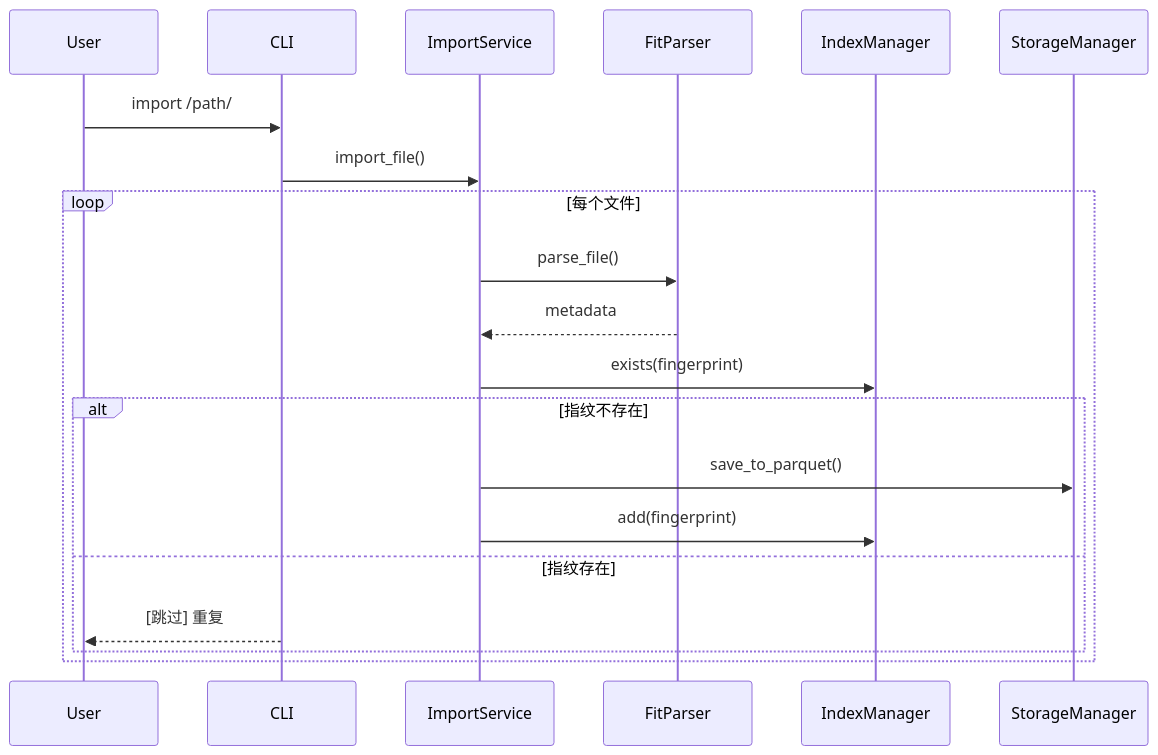
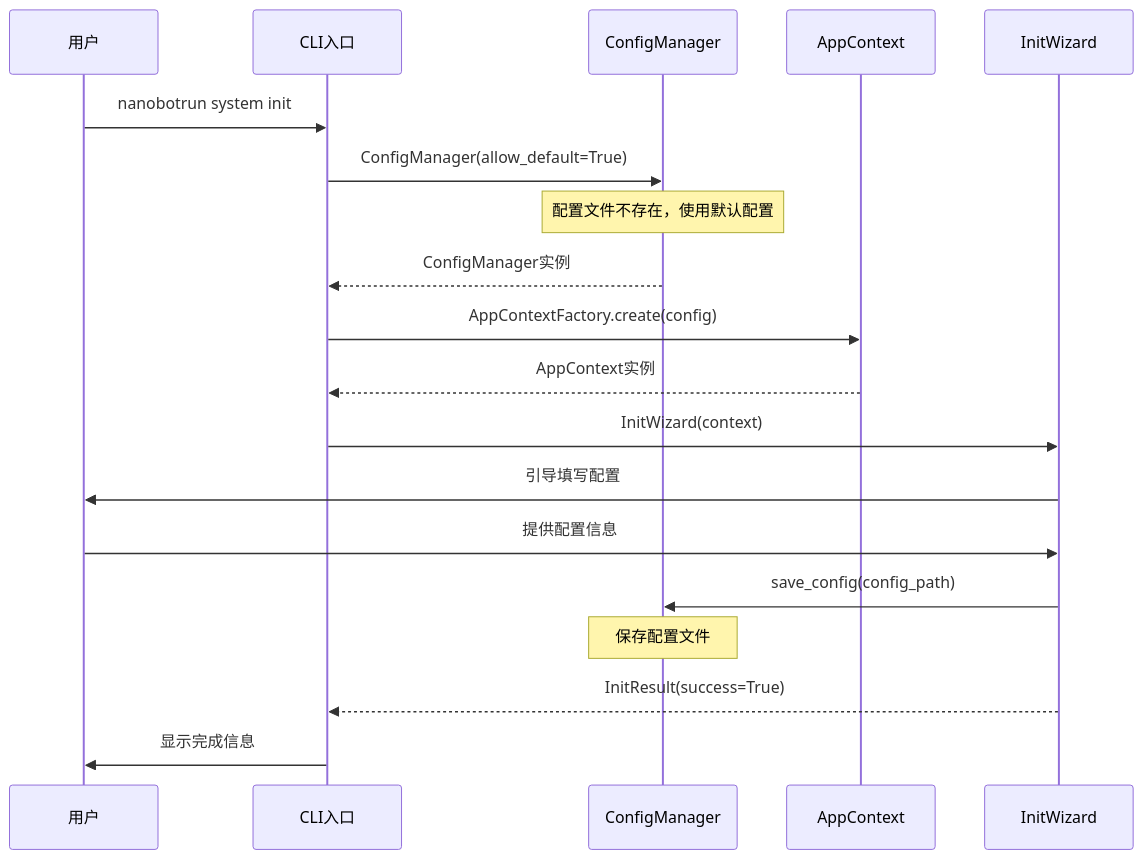
Before and after one commit to yecllsl/nanobot-runner: the second of 5 diagrams in docs/architecture/架构设计说明书.md, drawn with Mermaid. The commit also changed other lines of this file and 44 other files, not shown here.

````diff
--- a/docs/architecture/架构设计说明书.md
+++ b/docs/architecture/架构设计说明书.md
@@ -287,25 +318,26 @@
 ```mermaid
 sequenceDiagram
-    participant User
-    participant CLI
-    participant ImportSvc as ImportService
-    participant FitParser
-    participant Index as IndexManager
-    participant ParquetStore as StorageManager
+    participant User as 用户
+    participant CLI as CLI入口
+    participant Config as ConfigManager
+    participant Context as AppContext
+    participant Wizard as InitWizard
     
-    User->>CLI: import /path/
-    CLI->>ImportSvc: import_file()
+    User->>CLI: nanobotrun system init
+    CLI->>Config: ConfigManager(allow_default=True)
+    Note over Config: 配置文件不存在，使用默认配置
+    Config-->>CLI: ConfigManager实例
     
-    loop 每个文件
-        ImportSvc->>FitParser: parse_file()
-        FitParser-->>ImportSvc: metadata
-        ImportSvc->>Index: exists(fingerprint)
-        
-        alt 指纹不存在
-            ImportSvc->>ParquetStore: save_to_parquet()
-            ImportSvc->>Index: add(fingerprint)
-        else 指纹存在
-            CLI-->>User: [跳过] 重复
-        end
-    end
+    CLI->>Context: AppContextFactory.create(config)
+    Context-->>CLI: AppContext实例
+    
+    CLI->>Wizard: InitWizard(context)
+    Wizard->>User: 引导填写配置
+    User->>Wizard: 提供配置信息
+    
+    Wizard->>Config: save_config(config_path)
+    Note over Config: 保存配置文件
+    
+    Wizard-->>CLI: InitResult(success=True)
+    CLI->>User: 显示完成信息
 ```
````
